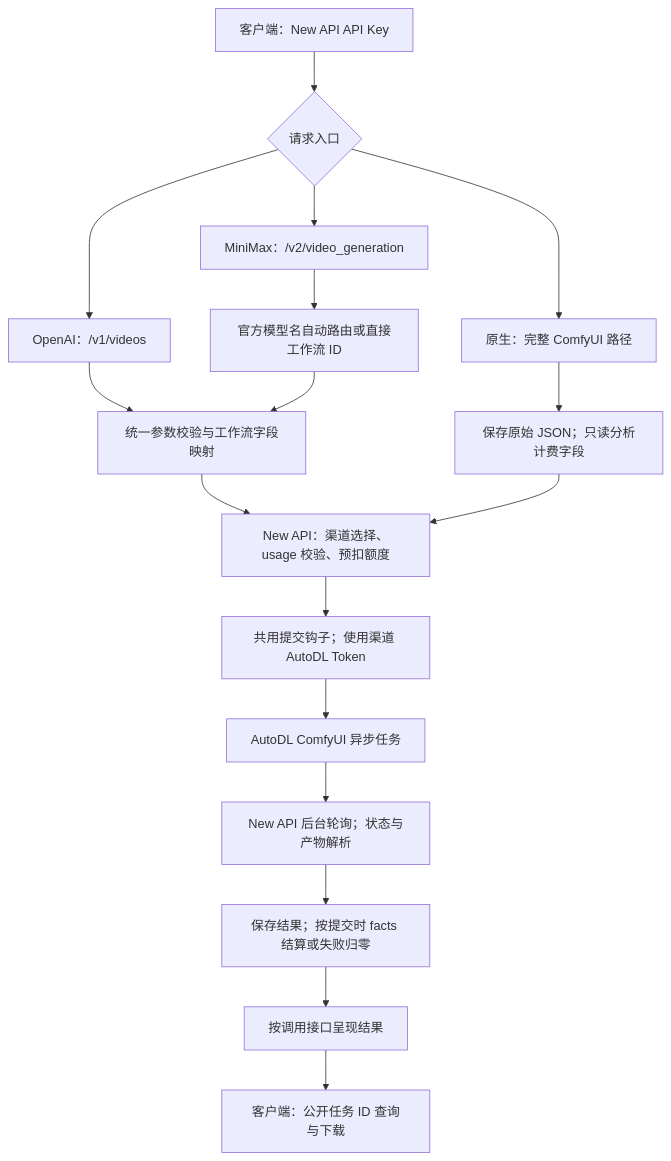
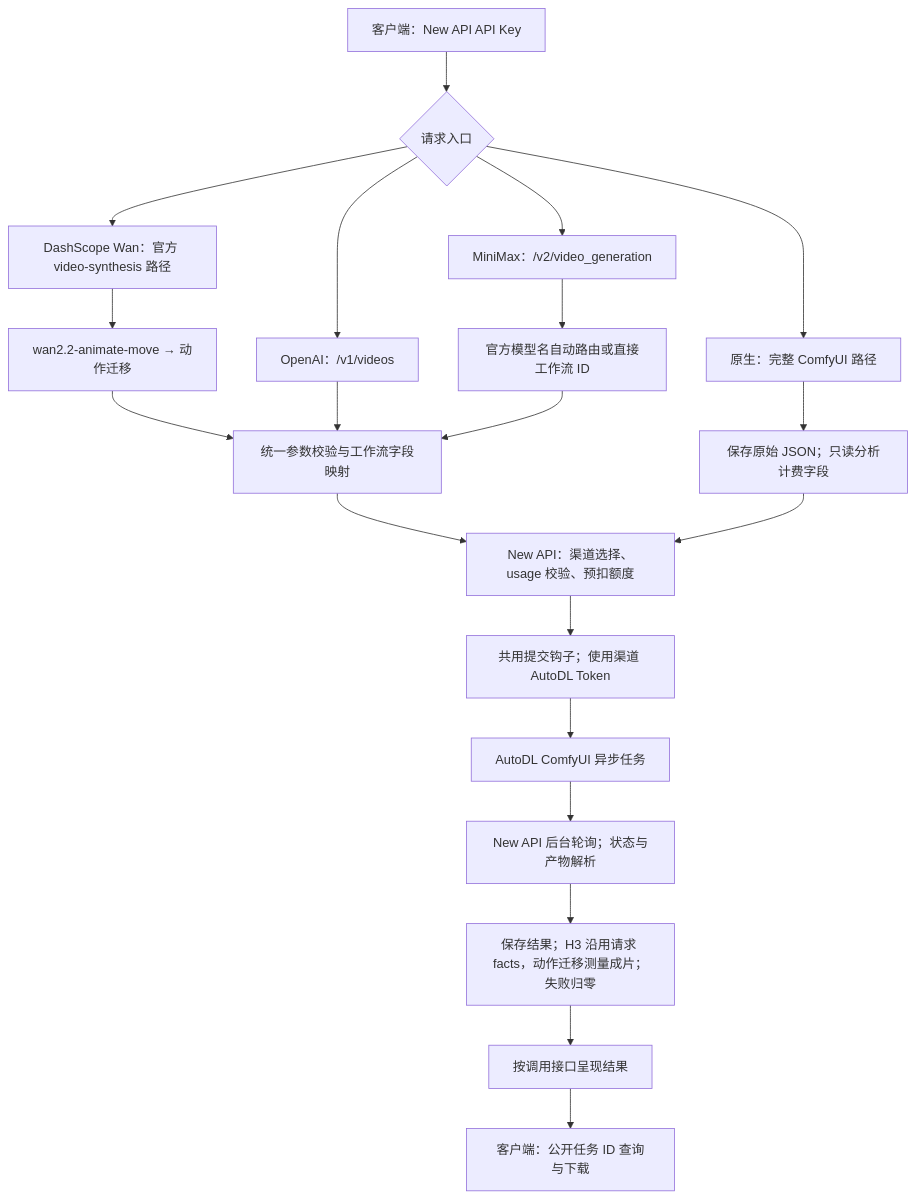
One commit to yiyinfaith/new-api-plugin-autodl changed the diagram in README.md. Above: the diagram before and after it, drawn with Mermaid. The commit also changed other lines of this file and 8 other files, not shown here.

First line of the commit message:
Add DashScope Wan API compatibility and concise request documentation

````diff
--- a/README.md
+++ b/README.md
@@ -30,19 +31,22 @@
 ```mermaid
 flowchart TD
     Client["客户端：New API API Key"] --> Entry{"请求入口"}
     Entry --> OpenAI["OpenAI：/v1/videos"]
     Entry --> MiniMax["MiniMax：/v2/video_generation"]
     Entry --> Native["原生：完整 ComfyUI 路径"]
+    Entry --> Dash["DashScope Wan：官方 video-synthesis 路径"]
+    Dash --> Motion["wan2.2-animate-move → 动作迁移"]
+    Motion --> Map
     OpenAI --> Map["统一参数校验与工作流字段映射"]
     MiniMax --> Route["官方模型名自动路由或直接工作流 ID"]
     Route --> Map
     Native --> Sidecar["保存原始 JSON；只读分析计费字段"]
     Map --> Host["New API：渠道选择、usage 校验、预扣额度"]
     Sidecar --> Host
     Host --> Submit["共用提交钩子；使用渠道 AutoDL Token"]
     Submit --> Vendor["AutoDL ComfyUI 异步任务"]
     Vendor --> Poll["New API 后台轮询；状态与产物解析"]
-    Poll --> Settle["保存结果；按提交时 facts 结算或失败归零"]
+    Poll --> Settle["保存结果；H3 沿用请求 facts，动作迁移测量成片；失败归零"]
     Settle --> Render["按调用接口呈现结果"]
     Render --> Query["客户端：公开任务 ID 查询与下载"]
 ```
````
